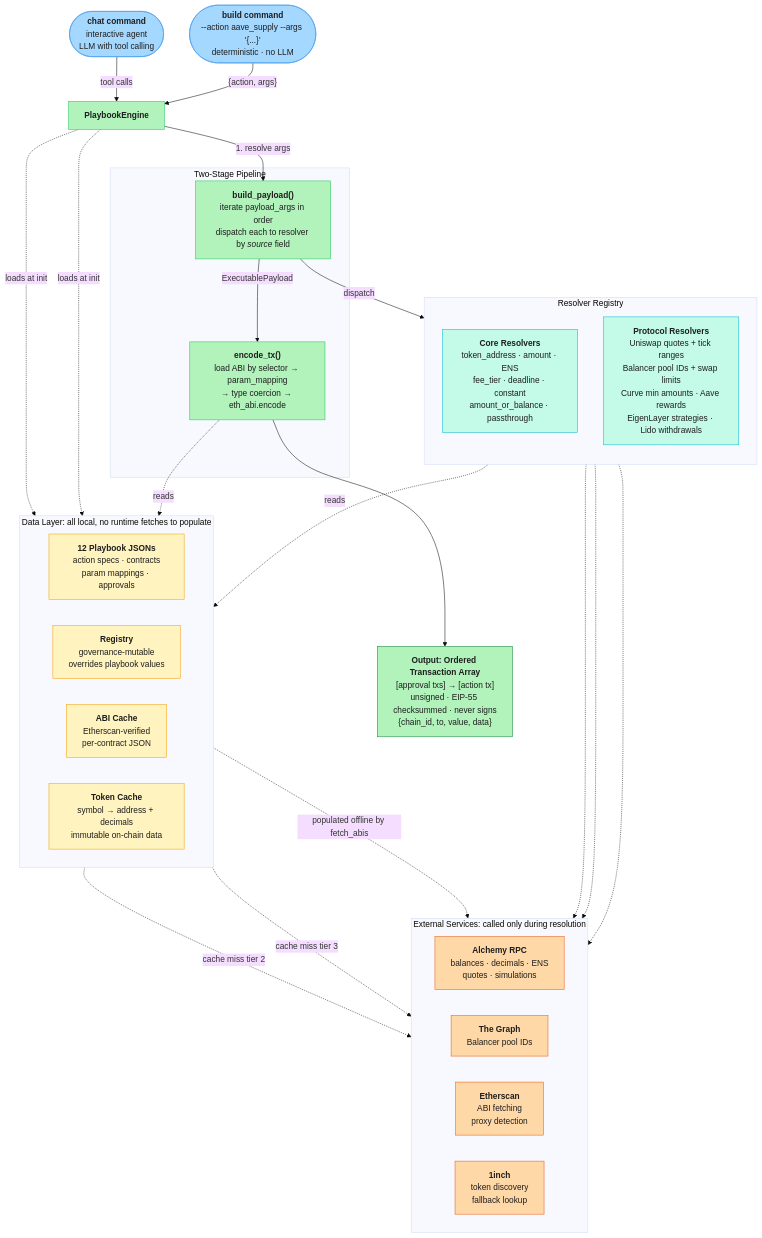
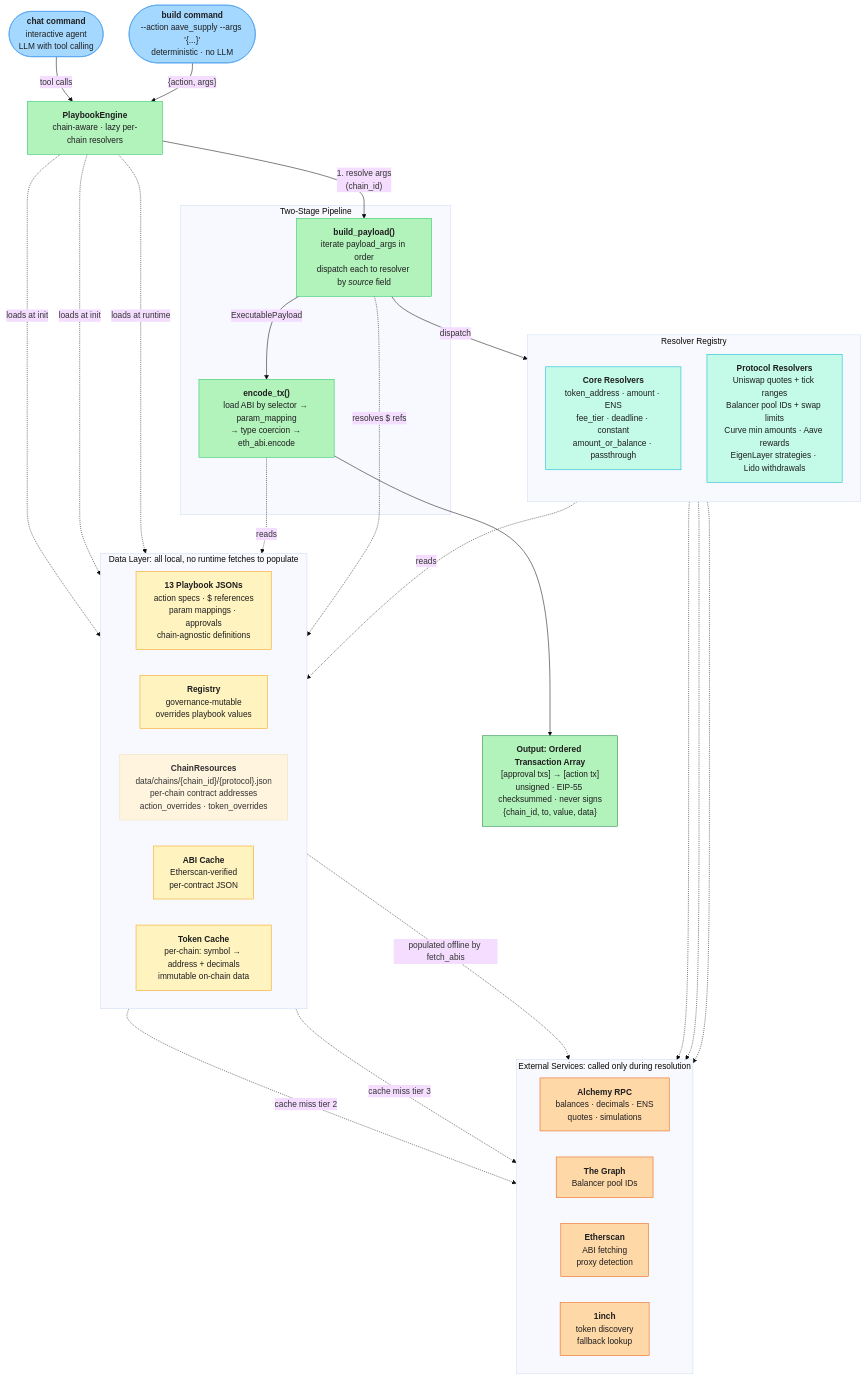
Before and after one commit to NethermindEth/defi-skills: the diagram in docs/architecture.md, drawn with Mermaid (base theme). The commit also changed 5 other files, not shown here.

````diff
--- a/docs/architecture.md
+++ b/docs/architecture.md
@@ -1,73 +1,77 @@
 ```mermaid
 flowchart TB
     BUILD_CMD(["<b>build command</b><br/>--action aave_supply --args '{...}'<br/>deterministic · no LLM"])
     CHAT_CMD(["<b>chat command</b><br/>interactive agent<br/>LLM with tool calling"])
 
     CHAT_CMD -->|"tool calls"| PBE
     BUILD_CMD -->|"{action, args}"| PBE
 
-    PBE["<b>PlaybookEngine</b>"]
+    PBE["<b>PlaybookEngine</b><br/>chain-aware · lazy per-chain resolvers"]
 
-    PBE -->|"1. resolve args"| BUILD
+    PBE -->|"1. resolve args<br/>(chain_id)"| BUILD
     BUILD -->|"ExecutablePayload"| ENCODE
     PBE -.->|"loads at init"| PB & REG
+    PBE -.->|"loads at runtime"| CHAINS
 
     subgraph STAGE ["Two-Stage Pipeline"]
         BUILD["<b>build_payload()</b><br/>iterate payload_args in order<br/>dispatch each to resolver by <i>source</i> field"]
         ENCODE["<b>encode_tx()</b><br/>load ABI by selector → param_mapping<br/>→ type coercion → eth_abi.encode"]
     end
 
     BUILD -->|"dispatch"| RESOLVERS
 
     subgraph RESOLVERS ["Resolver Registry"]
         direction TB
         CORE["<b>Core Resolvers</b><br/>token_address · amount · ENS<br/>fee_tier · deadline · constant<br/>amount_or_balance · passthrough"]
         PROTO["<b>Protocol Resolvers</b><br/>Uniswap quotes + tick ranges<br/>Balancer pool IDs + swap limits<br/>Curve min amounts · Aave rewards<br/>EigenLayer strategies · Lido withdrawals"]
     end
 
     ENCODE -.->|"reads"| ABI
 
     subgraph DATA ["Data Layer: all local, no runtime fetches to populate"]
         direction LR
-        PB["<b>12 Playbook JSONs</b><br/>action specs · contracts<br/>param mappings · approvals"]
+        PB["<b>13 Playbook JSONs</b><br/>action specs · $ references<br/>param mappings · approvals<br/>chain-agnostic definitions"]
+        CHAINS["<b>ChainResources</b><br/>data/chains/{chain_id}/{protocol}.json<br/>per-chain contract addresses<br/>action_overrides · token_overrides"]
         ABI["<b>ABI Cache</b><br/>Etherscan-verified<br/>per-contract JSON"]
-        CACHE["<b>Token Cache</b><br/>symbol → address + decimals<br/>immutable on-chain data"]
+        CACHE["<b>Token Cache</b><br/>per-chain: symbol → address + decimals<br/>immutable on-chain data"]
         REG["<b>Registry</b><br/>governance-mutable<br/>overrides playbook values"]
     end
 
     CORE -.->|"reads"| CACHE
     CORE & PROTO -.-> RPC
     PROTO -.-> GRAPH
 
     subgraph EXT ["External Services: called only during resolution"]
         direction LR
         RPC["<b>Alchemy RPC</b><br/>balances · decimals · ENS<br/>quotes · simulations"]
         ESCAN["<b>Etherscan</b><br/>ABI fetching<br/>proxy detection"]
         INCH["<b>1inch</b><br/>token discovery<br/>fallback lookup"]
         GRAPH["<b>The Graph</b><br/>Balancer pool IDs"]
     end
 
     CACHE -.->|"cache miss tier 2"| INCH
     CACHE -.->|"cache miss tier 3"| RPC
     ABI -.->|"populated offline by fetch_abis"| ESCAN
+
+    BUILD -.->|"resolves $ refs"| CHAINS
 
     ENCODE --> OUT
 
     OUT["<b>Output: Ordered Transaction Array</b><br/>[approval txs] → [action tx]<br/>unsigned · EIP-55 checksummed · never signs<br/>{chain_id, to, value, data}"]
 
     classDef input fill:#a5d8ff,stroke:#4a9eed,color:#1e1e1e
     classDef llm fill:#d0bfff,stroke:#8b5cf6,color:#1e1e1e
     classDef engine fill:#b2f2bb,stroke:#22c55e,color:#1e1e1e
     classDef resolver fill:#c3fae8,stroke:#06b6d4,color:#1e1e1e
     classDef data fill:#fff3bf,stroke:#f59e0b,color:#1e1e1e
     classDef ext fill:#ffd8a8,stroke:#e8590c,color:#1e1e1e
     classDef output fill:#b2f2bb,stroke:#15803d,color:#1e1e1e
     classDef stage fill:#edf8f0,stroke:#22c55e
 
     class BUILD_CMD,CHAT_CMD input
     class PBE,BUILD,ENCODE engine
     class CORE,PROTO resolver
     class PB,ABI,CACHE,REG data
     class RPC,ESCAN,INCH,GRAPH ext
     class OUT output
 ```
````
